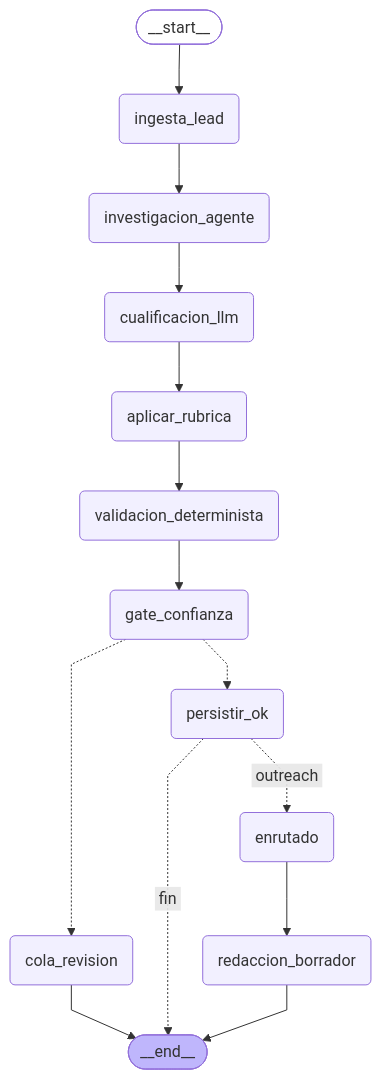
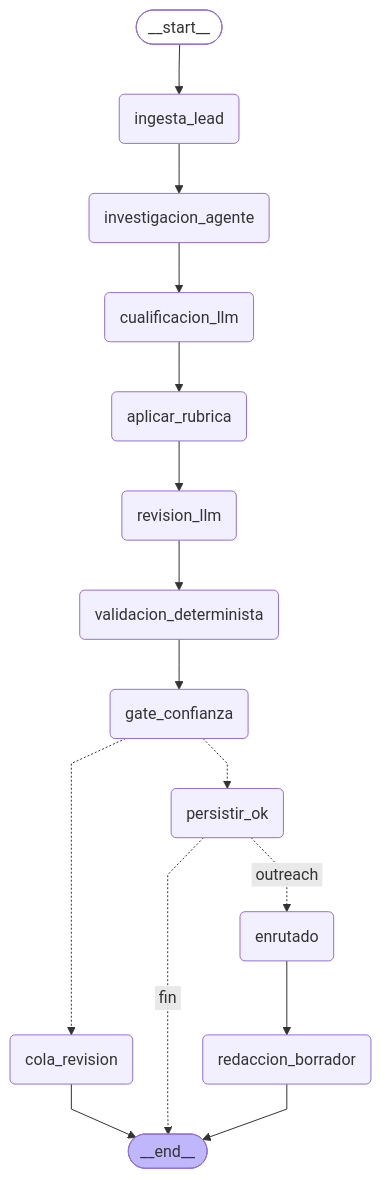
One commit to jorbelca/portfolio-freelance changed the diagram in 5/grafo_leads.mmd. Above: the diagram before and after it, drawn with Mermaid. The commit also changed 9 other files, not shown here.

```diff
--- a/5/grafo_leads.mmd
+++ b/5/grafo_leads.mmd
@@ -1,34 +1,36 @@
 ---
 config:
   flowchart:
     curve: linear
 ---
 graph TD;
 	__start__([<p>__start__</p>]):::first
 	ingesta_lead(ingesta_lead)
 	investigacion_agente(investigacion_agente)
 	cualificacion_llm(cualificacion_llm)
 	aplicar_rubrica(aplicar_rubrica)
+	revision_llm(revision_llm)
 	validacion_determinista(validacion_determinista)
 	gate_confianza(gate_confianza)
 	persistir_ok(persistir_ok)
 	cola_revision(cola_revision)
 	enrutado(enrutado)
 	redaccion_borrador(redaccion_borrador)
 	__end__([<p>__end__</p>]):::last
 	__start__ --> ingesta_lead;
-	aplicar_rubrica --> validacion_determinista;
+	aplicar_rubrica --> revision_llm;
 	cualificacion_llm --> aplicar_rubrica;
 	enrutado --> redaccion_borrador;
 	gate_confianza -.-> cola_revision;
 	gate_confianza -.-> persistir_ok;
 	ingesta_lead --> investigacion_agente;
 	investigacion_agente --> cualificacion_llm;
 	persistir_ok -. &nbsp;fin&nbsp; .-> __end__;
 	persistir_ok -. &nbsp;outreach&nbsp; .-> enrutado;
+	revision_llm --> validacion_determinista;
 	validacion_determinista --> gate_confianza;
 	cola_revision --> __end__;
 	redaccion_borrador --> __end__;
 	classDef default fill:#f2f0ff,line-height:1.2
 	classDef first fill-opacity:0
 	classDef last fill:#bfb6fc
```
